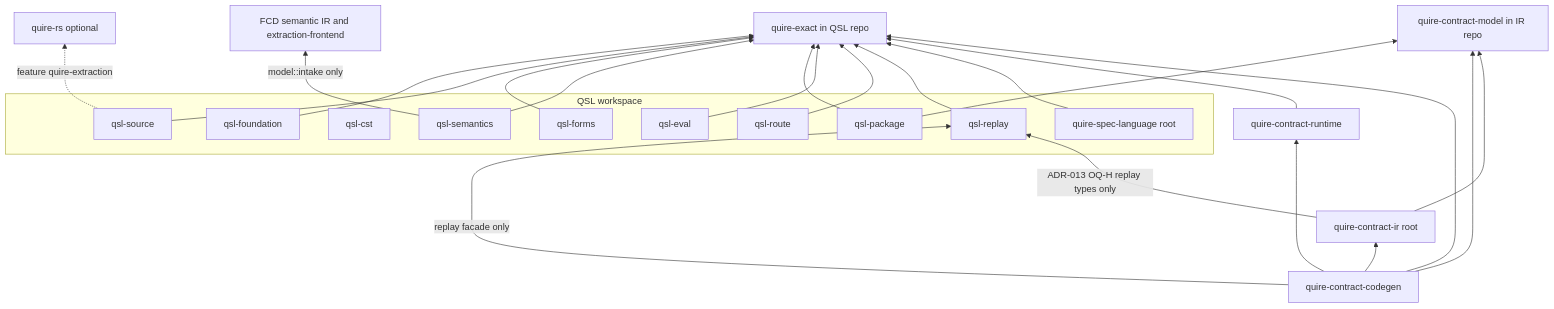
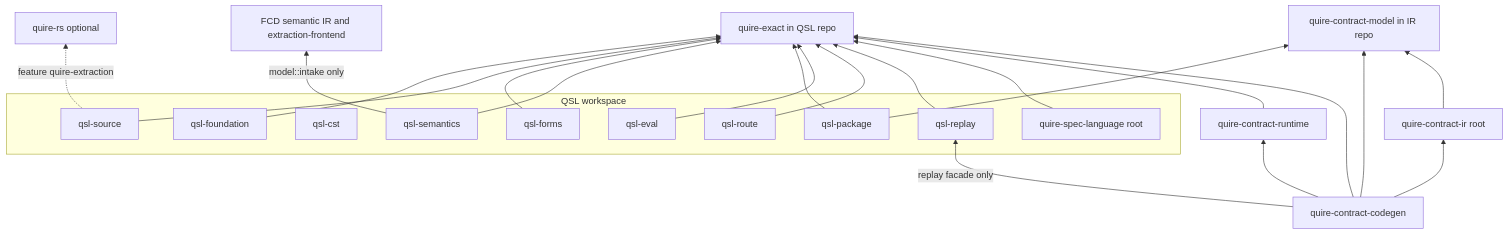
One commit to agent-ix/quire-spec-language changed the second of 2 diagrams in spec/decisions/ADR-011-stage-dag-and-dependency-architecture.md. Above: the diagram before and after it, drawn with Mermaid. The commit also changed other lines of this file and 1 other file, not shown here.

First line of the commit message:
QSL-323: IR names no QSL types; C-09 map and O-25 packet move to CG

````diff
--- a/spec/decisions/ADR-011-stage-dag-and-dependency-architecture.md
+++ b/spec/decisions/ADR-011-stage-dag-and-dependency-architecture.md
@@ -905,34 +905,33 @@
 ```mermaid
 flowchart BT
   QX[quire-exact in QSL repo]
   subgraph QSLW[QSL workspace]
     QSL[quire-spec-language root]
     QFO[qsl-foundation]
     QCS[qsl-cst]
     QSO[qsl-source]
     QFM[qsl-forms]
     QSE[qsl-semantics]
     QPK[qsl-package]
     QEV[qsl-eval]
     QRO[qsl-route]
     QRP[qsl-replay]
   end
   CM[quire-contract-model in IR repo]
   IR[quire-contract-ir root]
   RT[quire-contract-runtime]
   CG[quire-contract-codegen]
   FCD[FCD semantic IR and extraction-frontend]
   QRS[quire-rs optional]
   QFO & QSO & QFM & QSE & QPK & QEV & QRO & QRP & QSL --> QX
   QPK --> CM
   QSE -->|model::intake only| FCD
   QSO -.->|feature quire-extraction| QRS
   RT --> QX
   CG --> QX
   CG --> CM
   CG --> IR
   CG --> RT
   CG -->|replay facade only| QRP
-  IR -->|ADR-013 OQ-H replay types only| QRP
   IR --> CM
 ```
````
